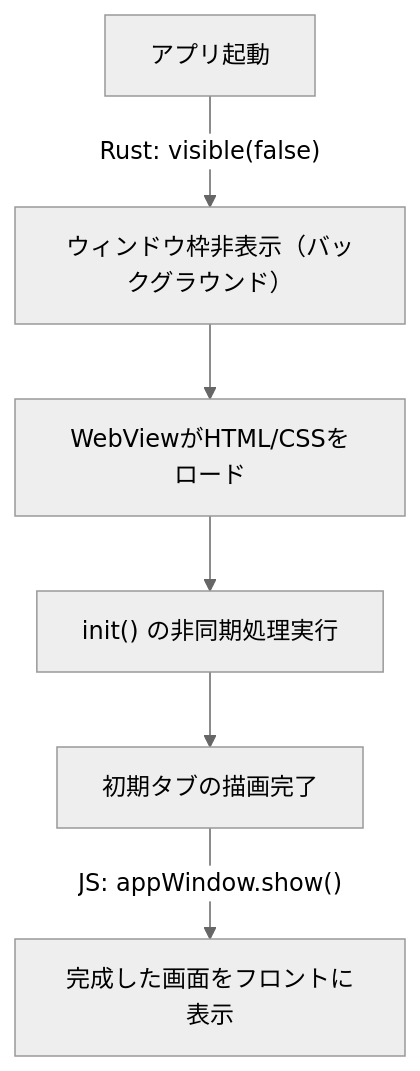
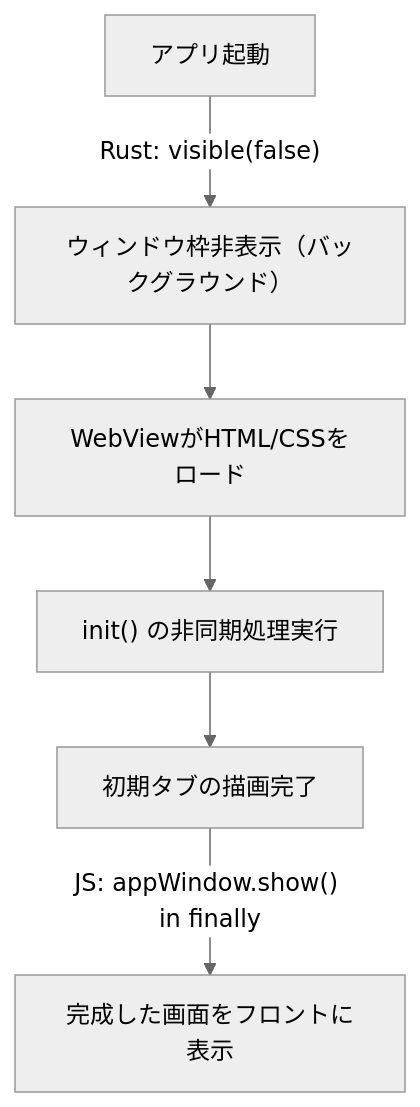
One commit to yasudajs/NoCapEdit changed the diagram in docs/prevent_startup_flicker/implementation_plan.md. Above: the diagram before and after it, drawn with Mermaid (neutral theme). The commit also changed other lines of this file and 5 other files, not shown here.

````diff
--- a/docs/prevent_startup_flicker/implementation_plan.md
+++ b/docs/prevent_startup_flicker/implementation_plan.md
@@ -25,8 +26,8 @@
 ```mermaid
 graph TD
     A["アプリ起動"] -->|"Rust: visible(false)"| B["ウィンドウ枠非表示（バックグラウンド）"]
     B --> C["WebViewがHTML/CSSをロード"]
     C --> D["init() の非同期処理実行"]
     D --> E["初期タブの描画完了"]
-    E -->|"JS: appWindow.show()"| F["完成した画面をフロントに表示"]
+    E -->|"JS: appWindow.show() in finally"| F["完成した画面をフロントに表示"]
 ```
````
